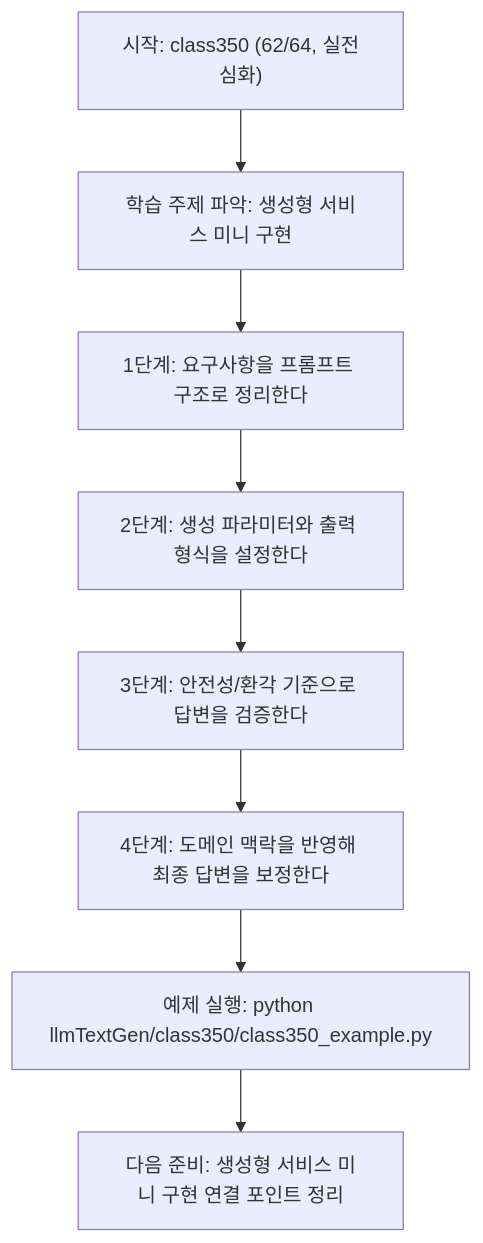
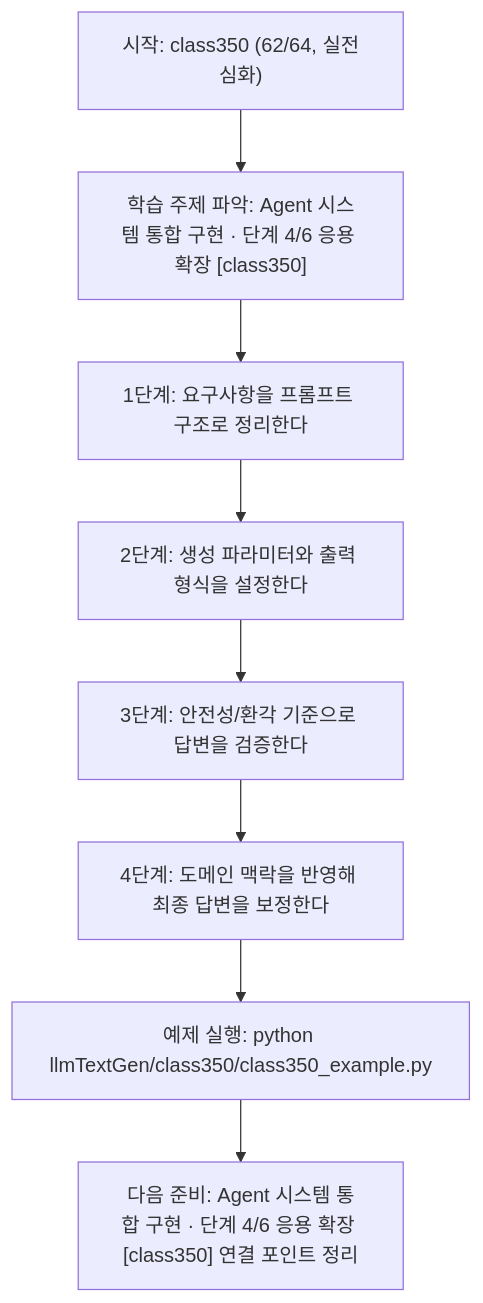
The diagram in llmTextGen/class350/class350.md (edumgt/Python-AI_Agent-Class), drawn with Mermaid before and after one commit. The commit also changed other lines of this file and 522 other files, not shown here.

````diff
--- a/llmTextGen/class350/class350.md
+++ b/llmTextGen/class350/class350.md
@@ -114,18 +115,18 @@
 ```mermaid
 flowchart TD
 N1["시작: class350 (62/64, 실전심화)"]
-N2["학습 주제 파악: 생성형 서비스 미니 구현"]
+N2["학습 주제 파악: Agent 시스템 통합 구현 · 단계 4/6 응용 확장 [class350]"]
 N3["1단계: 요구사항을 프롬프트 구조로 정리한다"]
 N4["2단계: 생성 파라미터와 출력 형식을 설정한다"]
 N5["3단계: 안전성/환각 기준으로 답변을 검증한다"]
 N6["4단계: 도메인 맥락을 반영해 최종 답변을 보정한다"]
 N7["예제 실행: python llmTextGen/class350/class350_example.py"]
-N8["다음 준비: 생성형 서비스 미니 구현 연결 포인트 정리"]
+N8["다음 준비: Agent 시스템 통합 구현 · 단계 4/6 응용 확장 [class350] 연결 포인트 정리"]
 N1 --> N2
 N2 --> N3
 N3 --> N4
 N4 --> N5
 N5 --> N6
 N6 --> N7
 N7 --> N8
 ```
````
